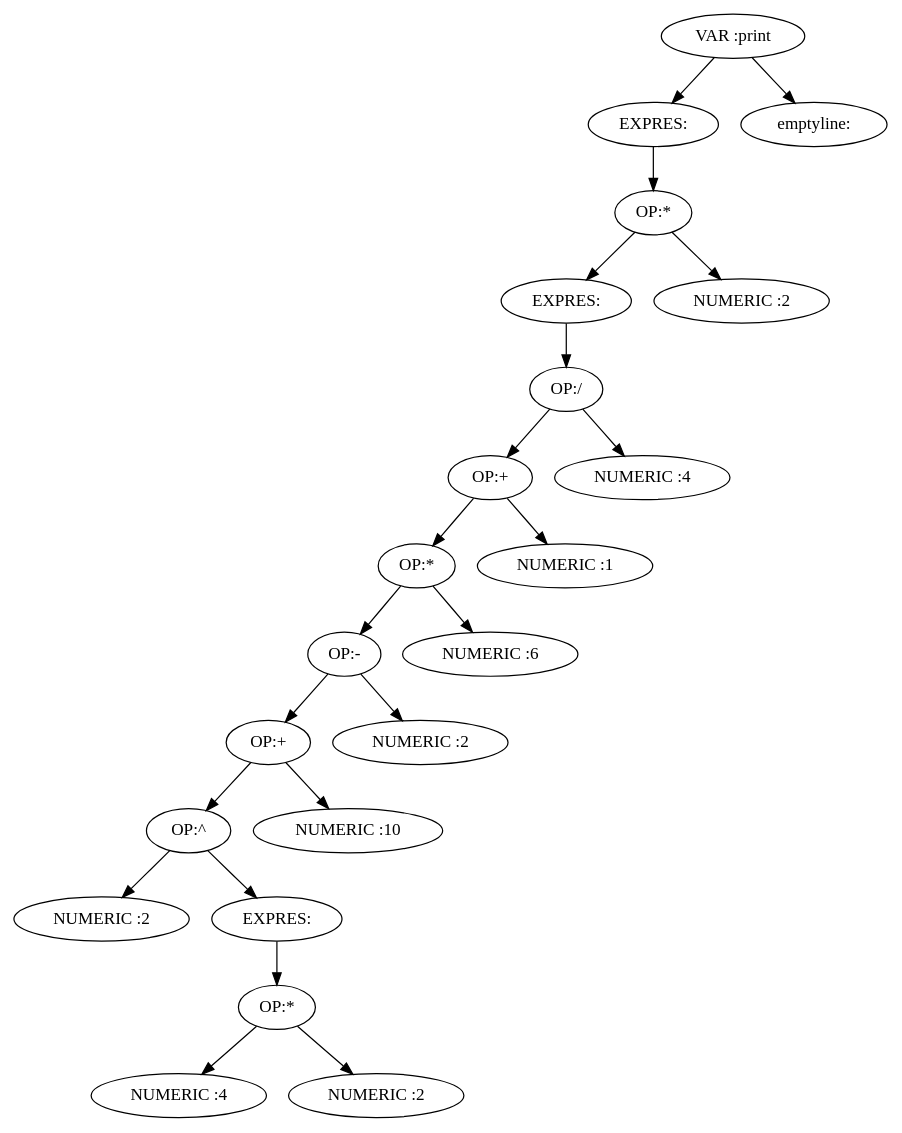
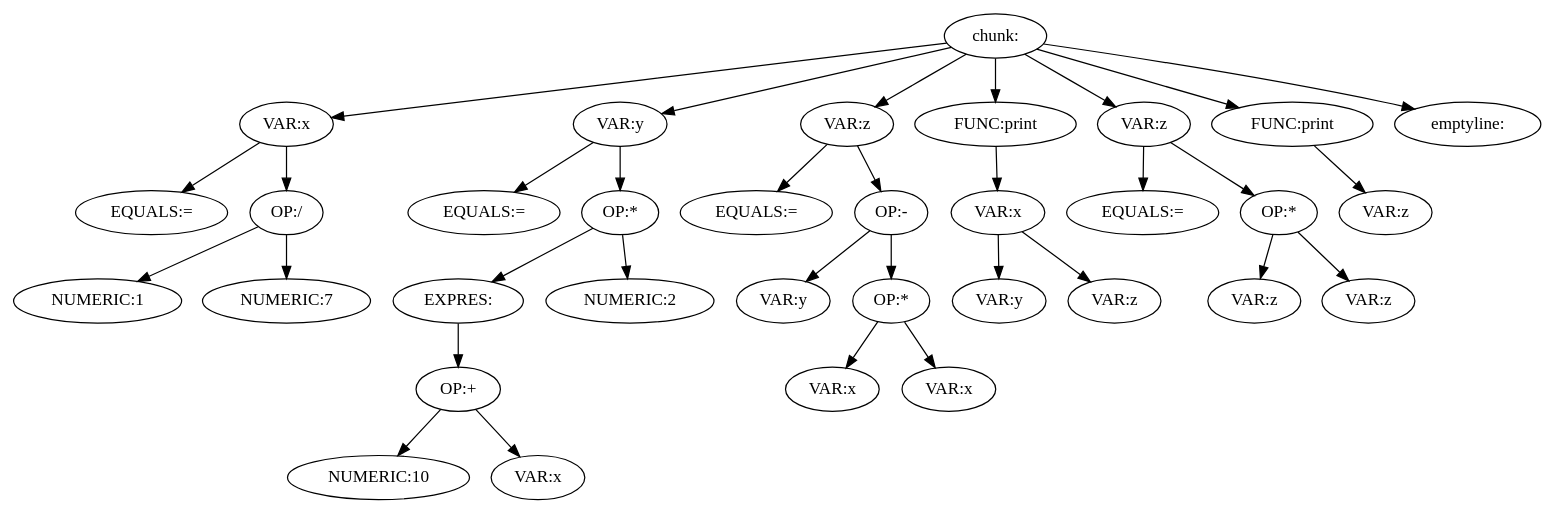
Before and after one commit to henriknero/DV1585ass1: the diagram in output.dot, drawn with Graphviz. The commit also changed 12 other files, not shown here.

```diff
--- a/output.dot
+++ b/output.dot
@@ -1,45 +1,67 @@
 digraph {
-0 [label="VAR :print"];
-20 [label="EXPRES:"];
+5 [label="chunk:"];
+0 [label="VAR:x"];
+1 [label="EQUALS:="];
+0 -> 1;
+4 [label="OP:/"];
+2 [label="NUMERIC:1"];
+4 -> 2;
+3 [label="NUMERIC:7"];
+4 -> 3;
+0 -> 4;
+5 -> 0;
+6 [label="VAR:y"];
+7 [label="EQUALS:="];
+6 -> 7;
+13 [label="OP:*"];
+11 [label="EXPRES:"];
+10 [label="OP:+"];
+8 [label="NUMERIC:10"];
+10 -> 8;
+9 [label="VAR:x"];
+10 -> 9;
+11 -> 10;
+13 -> 11;
+12 [label="NUMERIC:2"];
+13 -> 12;
+6 -> 13;
+5 -> 6;
+14 [label="VAR:z"];
+15 [label="EQUALS:="];
+14 -> 15;
+20 [label="OP:-"];
+16 [label="VAR:y"];
+20 -> 16;
 19 [label="OP:*"];
-17 [label="EXPRES:"];
-16 [label="OP:/"];
-14 [label="OP:+"];
-12 [label="OP:*"];
-10 [label="OP:-"];
-8 [label="OP:+"];
-6 [label="OP:^"];
-1 [label="NUMERIC :2"];
-6 -> 1;
-5 [label="EXPRES:"];
-4 [label="OP:*"];
-2 [label="NUMERIC :4"];
-4 -> 2;
-3 [label="NUMERIC :2"];
-4 -> 3;
-5 -> 4;
-6 -> 5;
-8 -> 6;
-7 [label="NUMERIC :10"];
-8 -> 7;
-10 -> 8;
-9 [label="NUMERIC :2"];
-10 -> 9;
-12 -> 10;
-11 [label="NUMERIC :6"];
-12 -> 11;
-14 -> 12;
-13 [label="NUMERIC :1"];
-14 -> 13;
-16 -> 14;
-15 [label="NUMERIC :4"];
-16 -> 15;
-17 -> 16;
+17 [label="VAR:x"];
 19 -> 17;
-18 [label="NUMERIC :2"];
+18 [label="VAR:x"];
 19 -> 18;
 20 -> 19;
-0 -> 20;
-21 [label="emptyline:"];
-0 -> 21;
+14 -> 20;
+5 -> 14;
+24 [label="FUNC:print"];
+21 [label="VAR:x"];
+22 [label="VAR:y"];
+21 -> 22;
+23 [label="VAR:z"];
+21 -> 23;
+24 -> 21;
+5 -> 24;
+25 [label="VAR:z"];
+26 [label="EQUALS:="];
+25 -> 26;
+29 [label="OP:*"];
+27 [label="VAR:z"];
+29 -> 27;
+28 [label="VAR:z"];
+29 -> 28;
+25 -> 29;
+5 -> 25;
+31 [label="FUNC:print"];
+30 [label="VAR:z"];
+31 -> 30;
+5 -> 31;
+32 [label="emptyline:"];
+5 -> 32;
 }
```
